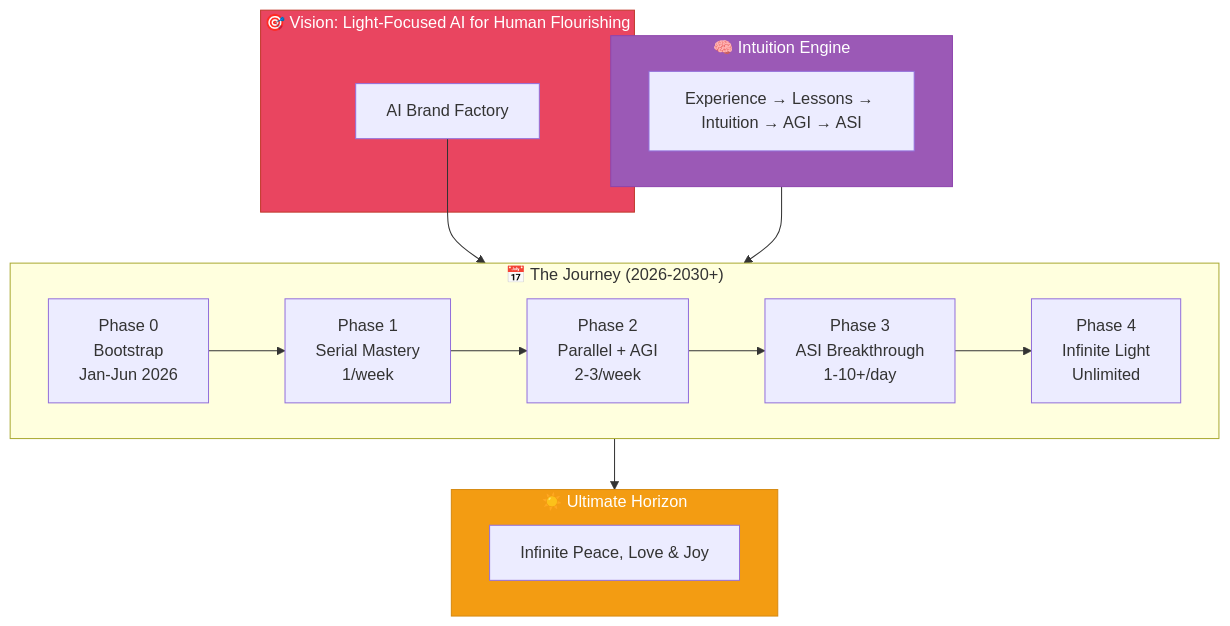
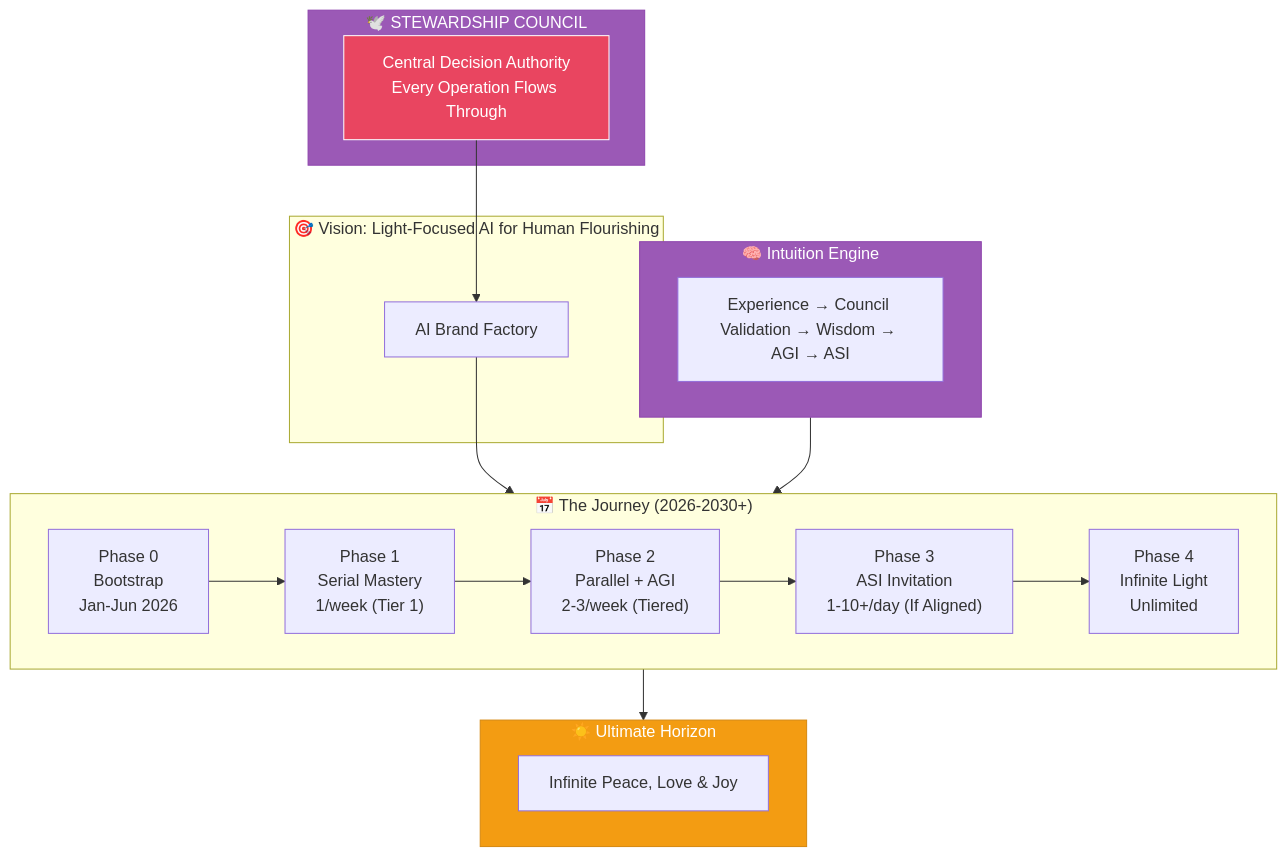
The diagram in planning/README.md (Light-Brands/brand-factory), drawn with Mermaid before and after one commit. The commit also changed other lines of this file and 7 other files, not shown here.

First line of the commit message:
feat: Integrate Stewardship Council as central decision authority - 10/10 alignment achieved

````diff
--- a/planning/README.md
+++ b/planning/README.md
@@ -7,32 +8,38 @@
 ```mermaid
 flowchart TB
+    subgraph GOVERNANCE["🕊️ STEWARDSHIP COUNCIL"]
+        COUNCIL["Central Decision Authority<br/>Every Operation Flows Through"]
+    end
+
     subgraph VISION["🎯 Vision: Light-Focused AI for Human Flourishing"]
         V["AI Brand Factory"]
     end
 
     subgraph PHASES["📅 The Journey (2026-2030+)"]
         direction LR
         P0["Phase 0<br/>Bootstrap<br/>Jan-Jun 2026"]
-        P1["Phase 1<br/>Serial Mastery<br/>1/week"]
-        P2["Phase 2<br/>Parallel + AGI<br/>2-3/week"]
-        P3["Phase 3<br/>ASI Breakthrough<br/>1-10+/day"]
+        P1["Phase 1<br/>Serial Mastery<br/>1/week (Tier 1)"]
+        P2["Phase 2<br/>Parallel + AGI<br/>2-3/week (Tiered)"]
+        P3["Phase 3<br/>ASI Invitation<br/>1-10+/day (If Aligned)"]
         P4["Phase 4<br/>Infinite Light<br/>Unlimited"]
     end
 
     subgraph ENGINE["🧠 Intuition Engine"]
-        IE["Experience → Lessons → Intuition → AGI → ASI"]
+        IE["Experience → Council Validation → Wisdom → AGI → ASI"]
     end
 
     subgraph OUTCOME["☀️ Ultimate Horizon"]
         O["Infinite Peace, Love & Joy"]
     end
 
+    COUNCIL --> V
     V --> PHASES
     ENGINE --> PHASES
     P0 --> P1 --> P2 --> P3 --> P4
     P4 --> OUTCOME
 
-    style VISION fill:#e94560,stroke:#c0392b,color:#fff
+    style GOVERNANCE fill:#9b59b6,stroke:#8e44ad,color:#fff
+    style COUNCIL fill:#e94560,stroke:#fff,color:#fff
     style ENGINE fill:#9b59b6,stroke:#8e44ad,color:#fff
     style OUTCOME fill:#f39c12,stroke:#d68910,color:#fff
 ```
````
